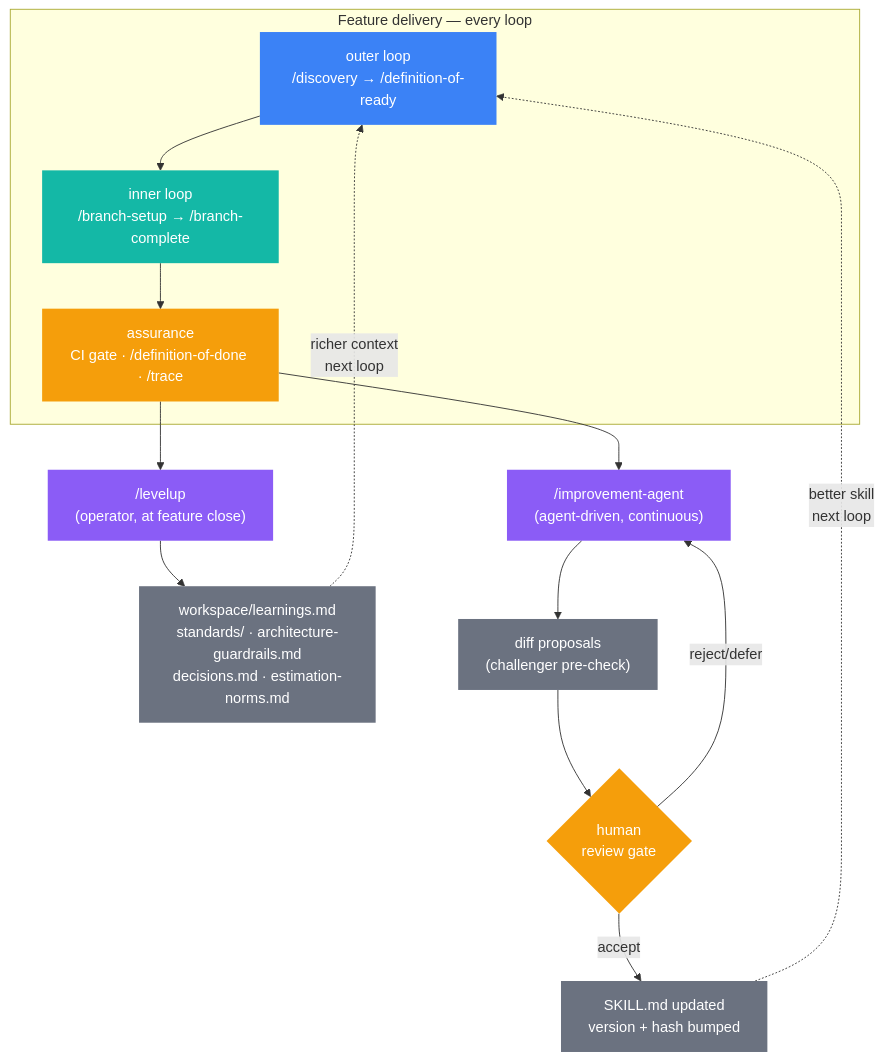
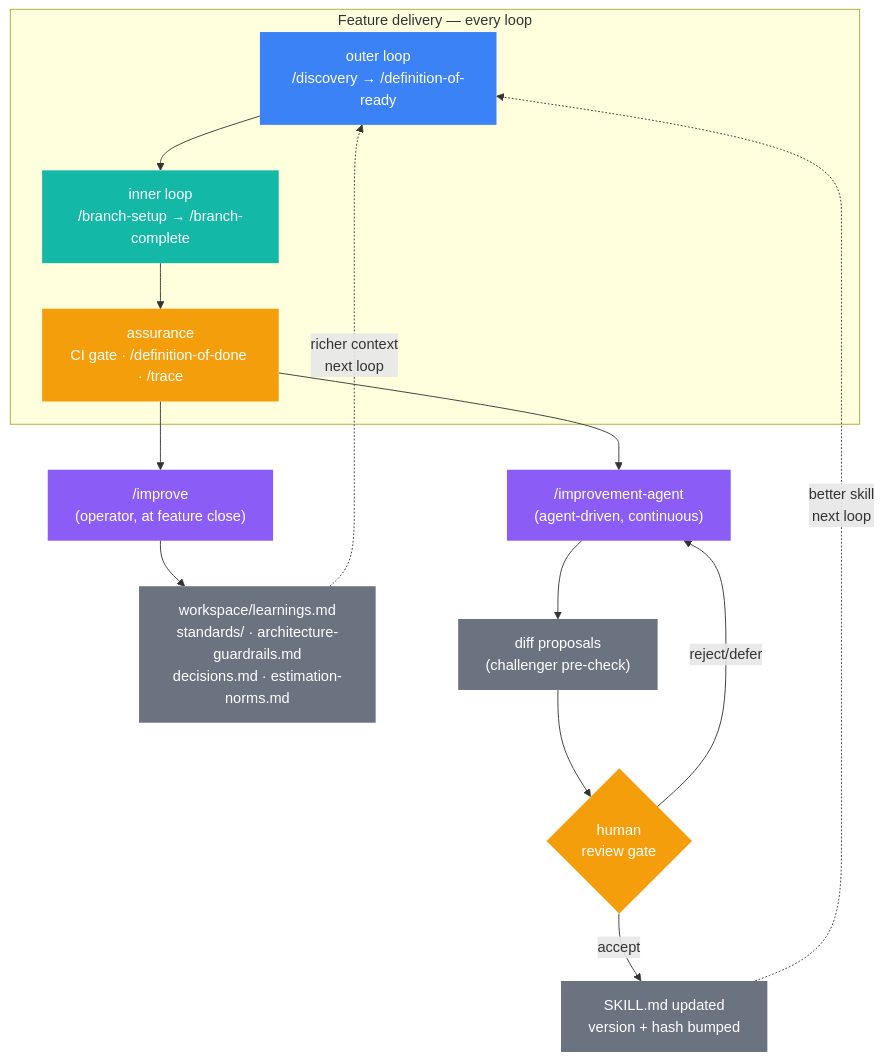
One commit to heymishy/skills-repo changed the second of 3 diagrams in README.md. Above: the diagram before and after it, drawn with Mermaid. The commit also changed other lines of this file and 23 other files, not shown here.

````diff
--- a/README.md
+++ b/README.md
@@ -228,26 +228,26 @@
 ```mermaid
 flowchart TB
     subgraph delivery["Feature delivery — every loop"]
         A["outer loop\n/discovery → /definition-of-ready"]:::outer
         B["inner loop\n/branch-setup → /branch-complete"]:::inner
         C["assurance\nCI gate · /definition-of-done · /trace"]:::gate
         A --> B --> C
     end
 
-    C --> D["/levelup\n(operator, at feature close)"]:::improve
+    C --> D["/improve\n(operator, at feature close)"]:::improve
     D --> E["workspace/learnings.md\nstandards/ · architecture-guardrails.md\ndecisions.md · estimation-norms.md"]:::store
     E -.->|"richer context\nnext loop"| A
 
     C --> F["/improvement-agent\n(agent-driven, continuous)"]:::improve
     F --> G["diff proposals\n(challenger pre-check)"]:::store
     G --> H{"human\nreview gate"}:::gate
     H -->|accept| I["SKILL.md updated\nversion + hash bumped"]:::store
     I -.->|"better skill\nnext loop"| A
     H -->|reject/defer| F
 
     classDef outer fill:#3b82f6,color:#fff,stroke:none
     classDef inner fill:#14b8a6,color:#fff,stroke:none
     classDef gate fill:#f59e0b,color:#fff,stroke:none
     classDef improve fill:#8b5cf6,color:#fff,stroke:none
     classDef store fill:#6b7280,color:#fff,stroke:none
 ```
````
